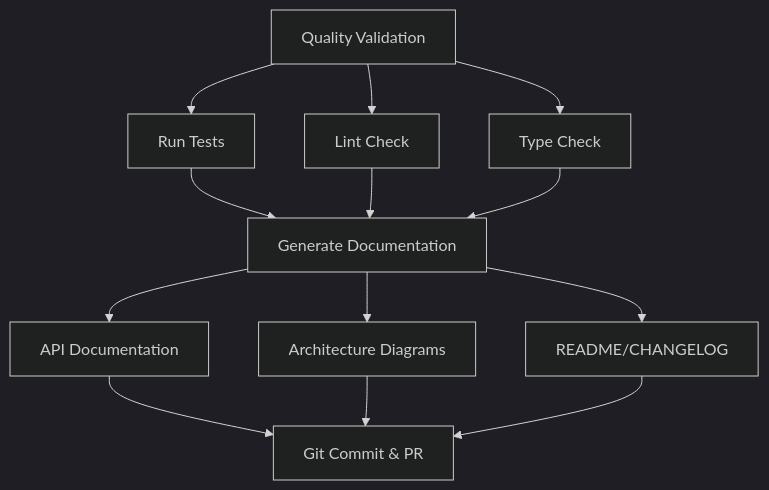
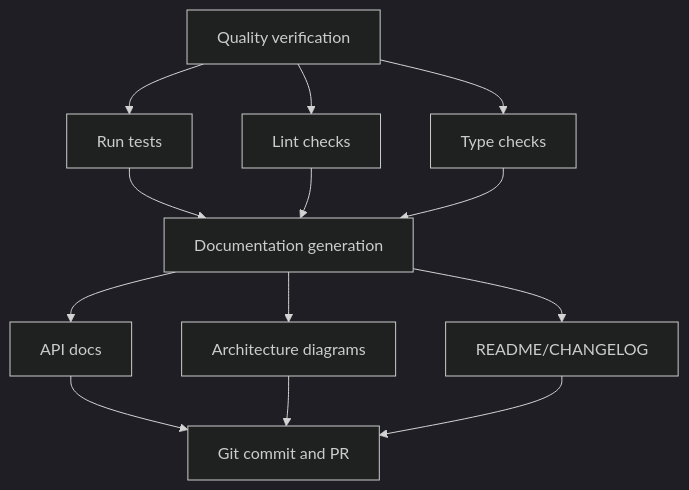
One commit to modu-ai/moai-adk changed the sixth of 9 diagrams in docs-site/content/en/getting-started/quickstart.md. Above: the diagram before and after it, drawn with Mermaid (dark theme). The commit also changed other lines of this file and 395 other files, not shown here.

````diff
--- a/docs-site/content/en/getting-started/quickstart.md
+++ b/docs-site/content/en/getting-started/quickstart.md
@@ -226,18 +228,18 @@
 ```mermaid
 graph TD
-    A["Quality Validation"] --> B["Run Tests"]
-    A --> C["Lint Check"]
-    A --> D["Type Check"]
+    A["Quality verification"] --> B["Run tests"]
+    A --> C["Lint checks"]
+    A --> D["Type checks"]
 
-    B --> E["Generate Documentation"]
+    B --> E["Documentation generation"]
     C --> E
     D --> E
 
-    E --> F["API Documentation"]
-    E --> G["Architecture Diagrams"]
+    E --> F["API docs"]
+    E --> G["Architecture diagrams"]
     E --> H["README/CHANGELOG"]
 
-    F --> I["Git Commit & PR"]
+    F --> I["Git commit and PR"]
     G --> I
     H --> I
 ```
````
